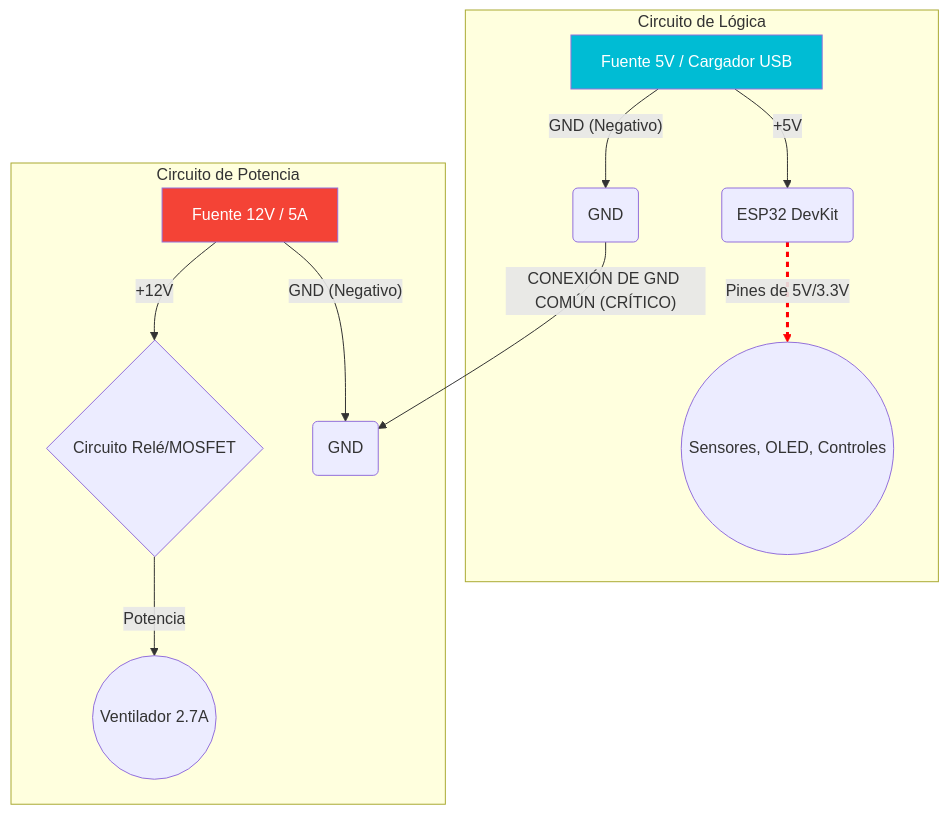
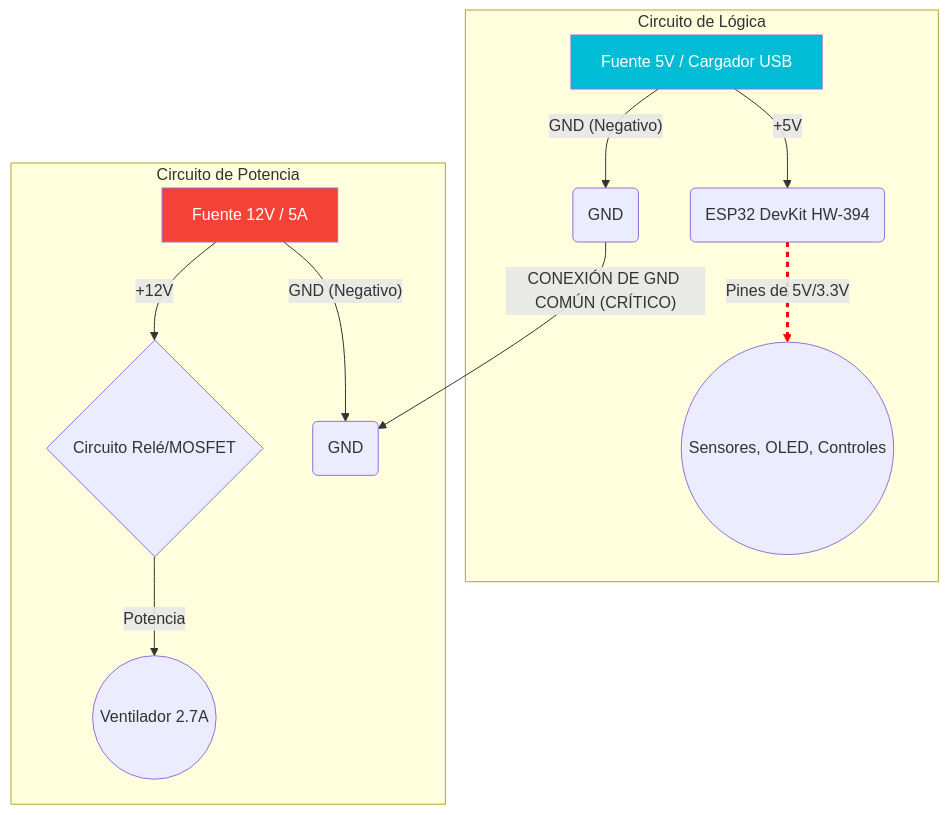
Before and after one commit to RMedits/extractor-inteligente-firmware: the diagram in docs/DIAGRAMA_ALIMENTACION.md, drawn with Mermaid. The commit also changed 11 other files, not shown here.

````diff
--- a/docs/DIAGRAMA_ALIMENTACION.md
+++ b/docs/DIAGRAMA_ALIMENTACION.md
@@ -5,24 +5,24 @@
 ```mermaid
 graph TD
     subgraph "Circuito de Lógica"
         A[Fuente 5V / Cargador USB]
-        A -- "+5V" --> B(ESP32 DevKit);
+        A -- "+5V" --> B(ESP32 DevKit HW-394);
         A -- "GND (Negativo)" --> G1(GND);
         B -- "Pines de 5V/3.3V" --> C((Sensores, OLED, Controles));
     end
 
     subgraph "Circuito de Potencia"
         D[Fuente 12V / 5A]
         D -- "+12V" --> E{Circuito Relé/MOSFET};
         E -- "Potencia" --> F((Ventilador 2.7A));
         D -- "GND (Negativo)" --> G2(GND);
     end
 
     %% Conexión Crítica
     G1 -- "CONEXIÓN DE GND COMÚN (CRÍTICO)" --> G2;
 
     %% Estilos
     style A fill:#00BCD4,color:#fff
     style D fill:#F44336,color:#fff
     linkStyle 2 stroke:#ff0000,stroke-width:3px,stroke-dasharray: 5 5;
 ```
````
